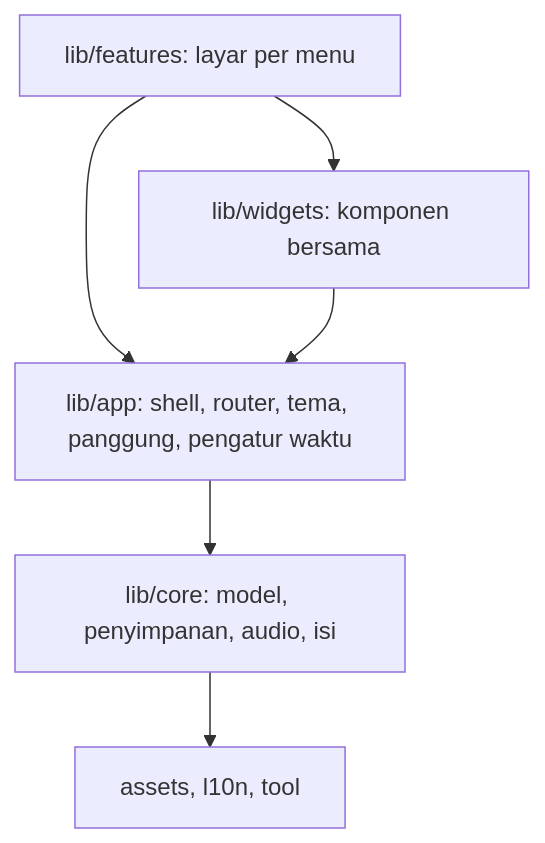
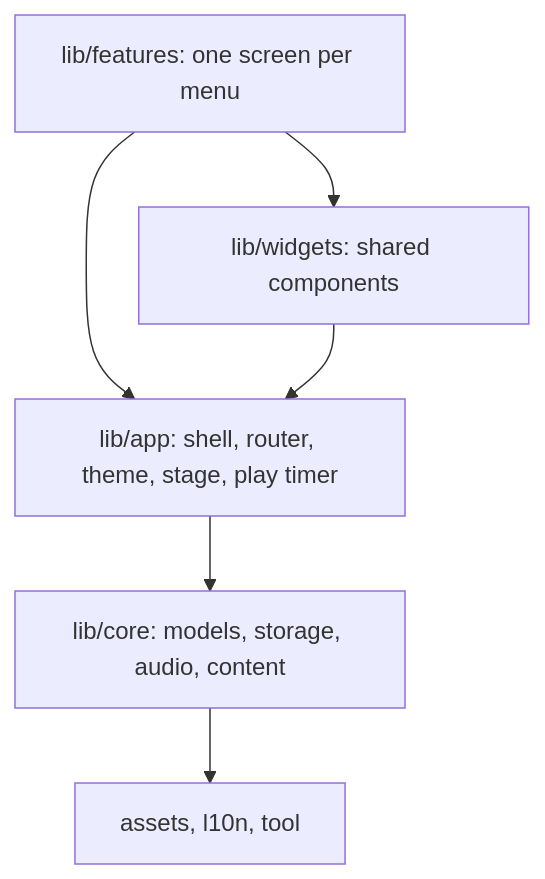
One commit to pandudpn/moci-app changed the diagram in ARCHITECTURE.md. Above: the diagram before and after it, drawn with Mermaid. The commit also changed other lines of this file and 3 other files, not shown here.

Commit message:
docs: translate ARCHITECTURE.md, SYSTEM_DESIGN.md, DESIGN.md, and docs/README.md to English

````diff
--- a/ARCHITECTURE.md
+++ b/ARCHITECTURE.md
@@ -7,8 +7,8 @@
 ```mermaid
 flowchart TD
-  features[lib/features: layar per menu] --> widgets[lib/widgets: komponen bersama]
-  features --> app[lib/app: shell, router, tema, panggung, pengatur waktu]
+  features[lib/features: one screen per menu] --> widgets[lib/widgets: shared components]
+  features --> app[lib/app: shell, router, theme, stage, play timer]
   widgets --> app
-  app --> core[lib/core: model, penyimpanan, audio, isi]
+  app --> core[lib/core: models, storage, audio, content]
   core --> data[assets, l10n, tool]
 ```
````
